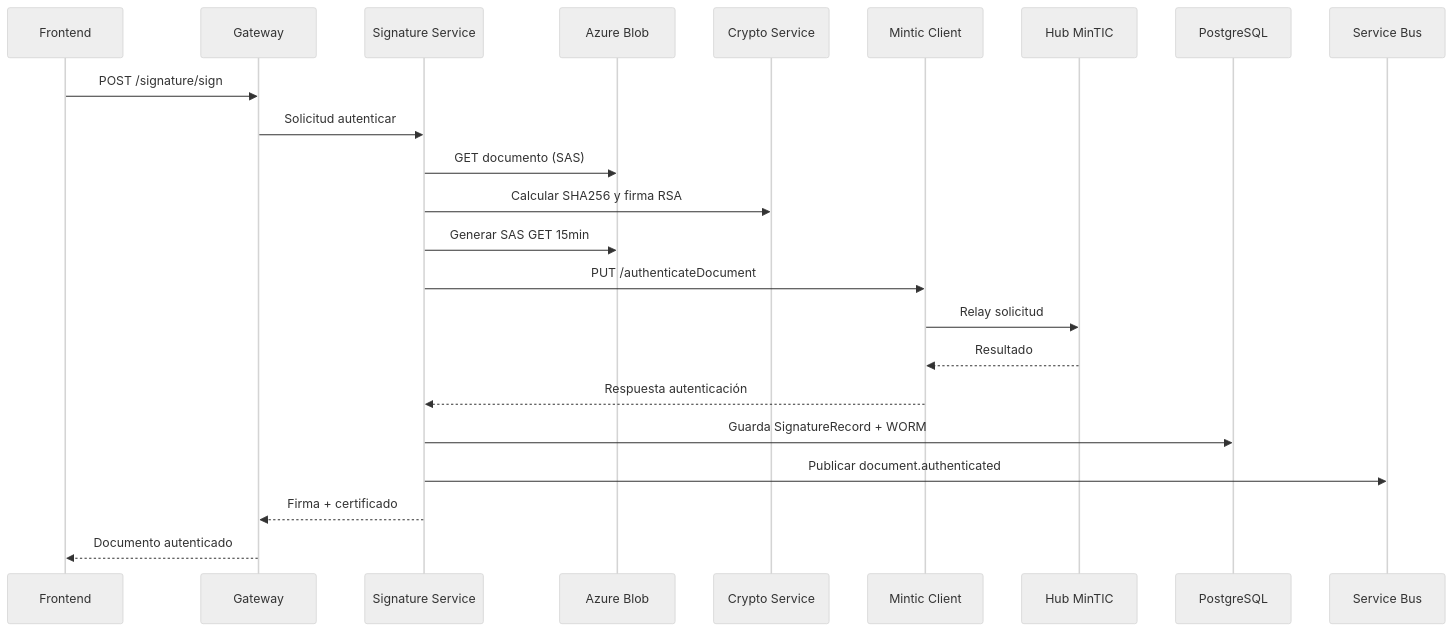
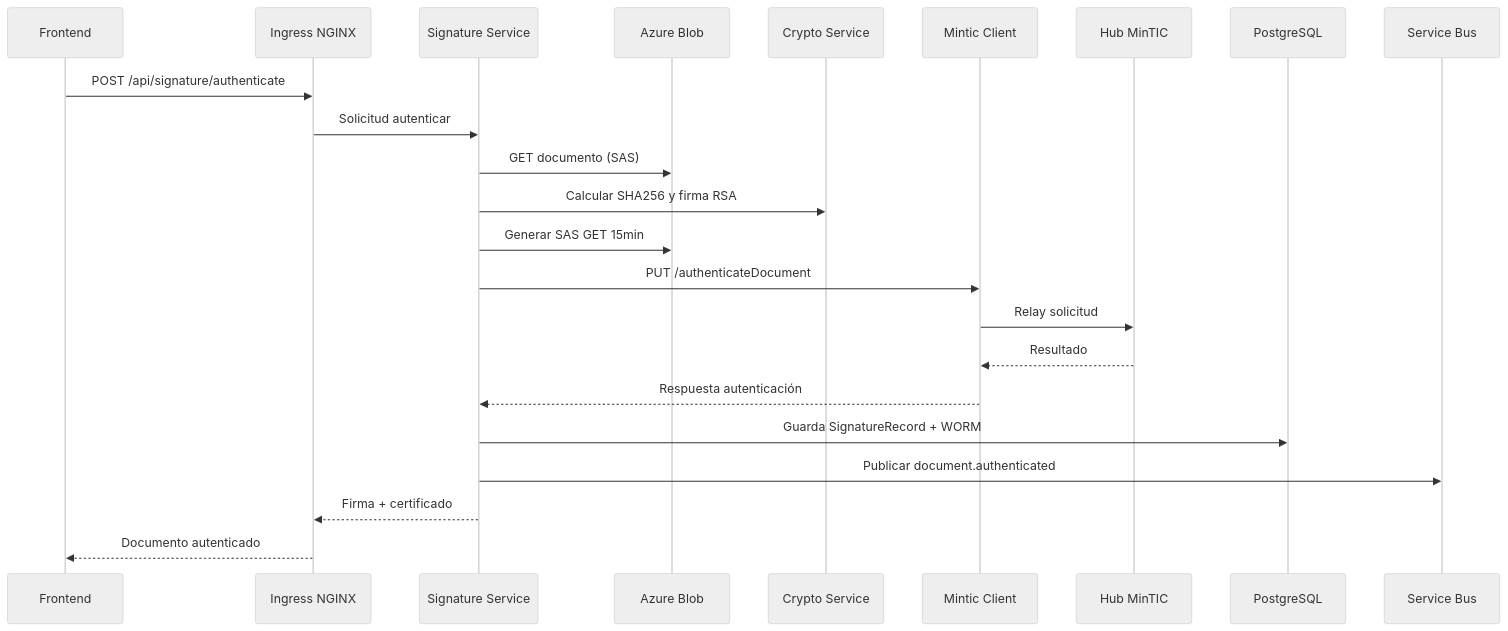
The seventh of 8 diagrams in docs/ARQUITECTURA_CARPETA_CIUDADANA.md (manuquistial/arquitectura-avanzada), drawn with Mermaid before and after one commit. The commit also changed other lines of this file and 5 other files, not shown here.

````diff
--- a/docs/ARQUITECTURA_CARPETA_CIUDADANA.md
+++ b/docs/ARQUITECTURA_CARPETA_CIUDADANA.md
@@ -344,27 +370,27 @@
 ```mermaid
 %%{init: {'theme': 'neutral'}}%%
 sequenceDiagram
     participant UI as Frontend
-    participant GW as Gateway
+    participant ING as Ingress NGINX
     participant SIG as Signature Service
     participant BLOB as Azure Blob
     participant CRY as Crypto Service
     participant MINTIC as Mintic Client
     participant HUB as Hub MinTIC
     participant DB as PostgreSQL
     participant SB as Service Bus
 
-    UI->>GW: POST /signature/sign
-    GW->>SIG: Solicitud autenticar
+    UI->>ING: POST /api/signature/authenticate
+    ING->>SIG: Solicitud autenticar
     SIG->>BLOB: GET documento (SAS)
     SIG->>CRY: Calcular SHA256 y firma RSA
     SIG->>BLOB: Generar SAS GET 15min
     SIG->>MINTIC: PUT /authenticateDocument
     MINTIC->>HUB: Relay solicitud
     HUB-->>MINTIC: Resultado
     MINTIC-->>SIG: Respuesta autenticación
     SIG->>DB: Guarda SignatureRecord + WORM
     SIG->>SB: Publicar document.authenticated
-    SIG-->>GW: Firma + certificado
-    GW-->>UI: Documento autenticado
+    SIG-->>ING: Firma + certificado
+    ING-->>UI: Documento autenticado
 ```
````
